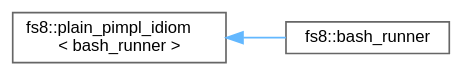
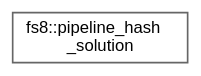
The diagram in api/inherit_graph_106.dot (the-moisrex/foresight), drawn with Graphviz before and after one commit. The commit also changed 176 other files, not shown here.

```diff
--- a/api/inherit_graph_106.dot
+++ b/api/inherit_graph_106.dot
@@ -1,11 +1,9 @@
 digraph "Graphical Class Hierarchy"
 {
  // LATEX_PDF_SIZE
   bgcolor="transparent";
   edge [fontname=Helvetica,fontsize=10,labelfontname=Helvetica,labelfontsize=10];
   node [fontname=Helvetica,fontsize=10,shape=box,height=0.2,width=0.4];
   rankdir="LR";
-  Node0 [id="Node000000",label="fs8::plain_pimpl_idiom\l\< bash_runner \>",height=0.2,width=0.4,color="grey40", fillcolor="white", style="filled",URL="$structfs8_1_1plain__pimpl__idiom.html",tooltip=" "];
-  Node0 -> Node1 [id="edge132_Node000000_Node000001",dir="back",color="steelblue1",style="solid",tooltip=" "];
-  Node1 [id="Node000001",label="fs8::bash_runner",height=0.2,width=0.4,color="grey40", fillcolor="white", style="filled",URL="$structfs8_1_1bash__runner.html",tooltip=" "];
+  Node0 [id="Node000000",label="fs8::pipeline_hash\l_solution",height=0.2,width=0.4,color="grey40", fillcolor="white", style="filled",URL="$structfs8_1_1pipeline__hash__solution.html",tooltip="Hash the pipeline's mod types via their typeid().name()."];
 }
```
